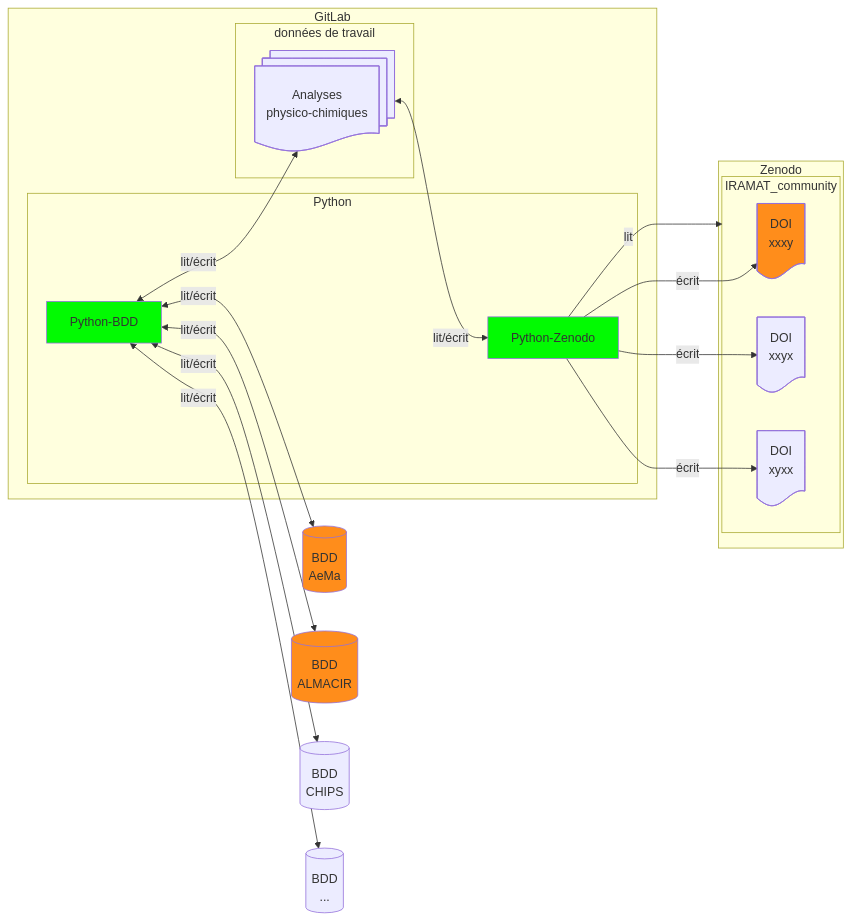
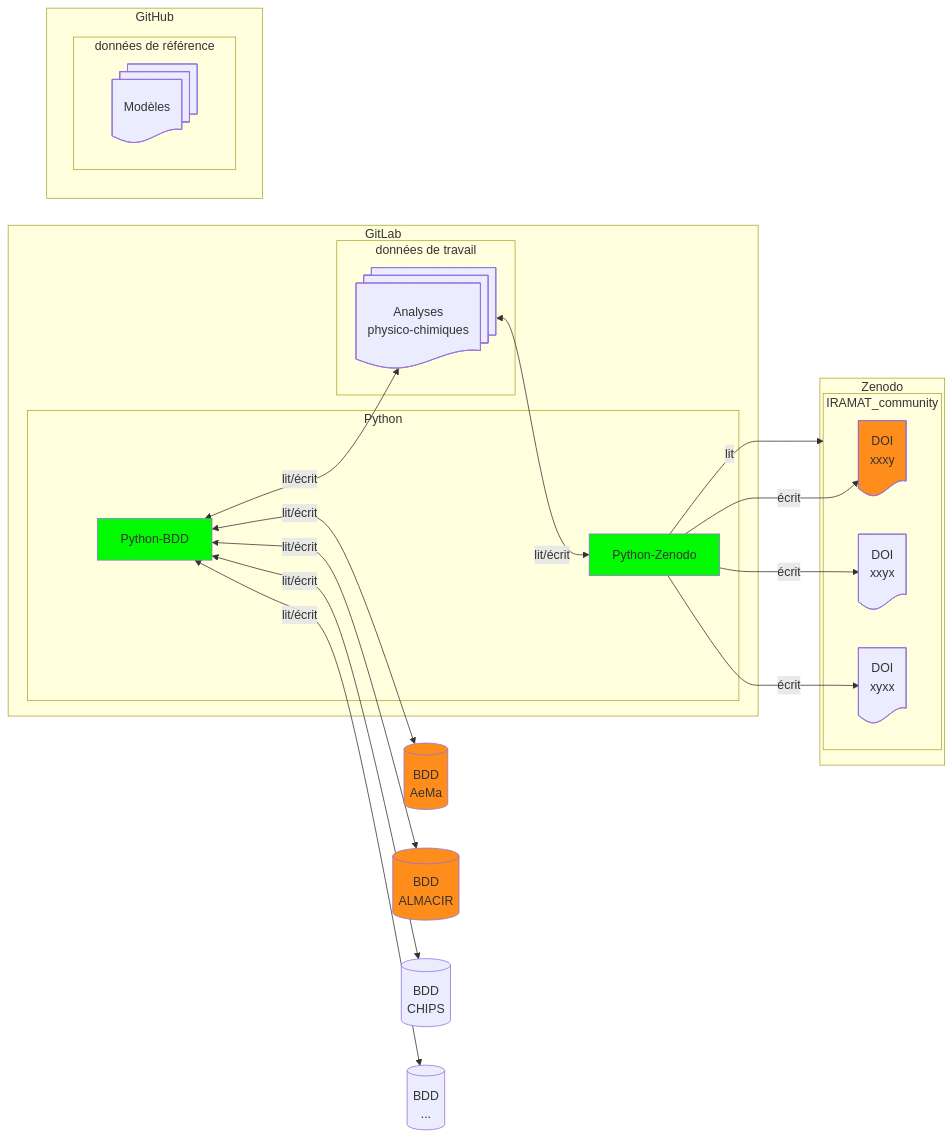
The diagram in dbs/README.md (iramat/iramat-dev), drawn with Mermaid before and after one commit.

````diff
--- a/dbs/README.md
+++ b/dbs/README.md
@@ -3,34 +3,39 @@
 ```mermaid
 flowchart LR
     subgraph GitLab
         subgraph données de travail
             A@{ shape: docs, label: "Analyses<br>physico-chimiques" }
         end
         subgraph Python
             Z@{ procs: docs, label: "Python-BDD" }
             ZZ@{ procs: docs, label: "Python-Zenodo" }
+        end
+    end
+    subgraph GitHub
+        subgraph données de référence
+            W@{ shape: docs, label: "Modèles" }
         end
     end
     Z <-- lit/écrit --> A;
     Z <-- lit/écrit --> B[(BDD<br>AeMa)];
     Z <-- lit/écrit --> H[(BDD<br>ALMACIR)];
     Z <-- lit/écrit --> C[(BDD<br>CHIPS)];
     Z <-- lit/écrit --> D[(BDD<br>...)];
     A <-- lit/écrit --> ZZ;
     subgraph Zenodo
         subgraph IRAMAT_community
             ZZ -- écrit --> E@{ shape: doc, label: "DOI<br>xxxy" }
             ZZ -- écrit --> F@{ shape: doc, label: "DOI<br>xxyx" }
             ZZ -- écrit --> G@{ shape: doc, label: "DOI<br>xyxx" }
         end
     end
     ZZ -- lit --> IRAMAT_community
 
 
 click A "https://github.com/zoometh/iramat-test/blob/main/dbs/analysis_results.tsv" _blank
 style Z fill:#02fa02
 style ZZ fill:#02fa02
 style B fill:#FF8D1B
 style H fill:#FF8D1B
 style E fill:#FF8D1B
 ```
````
